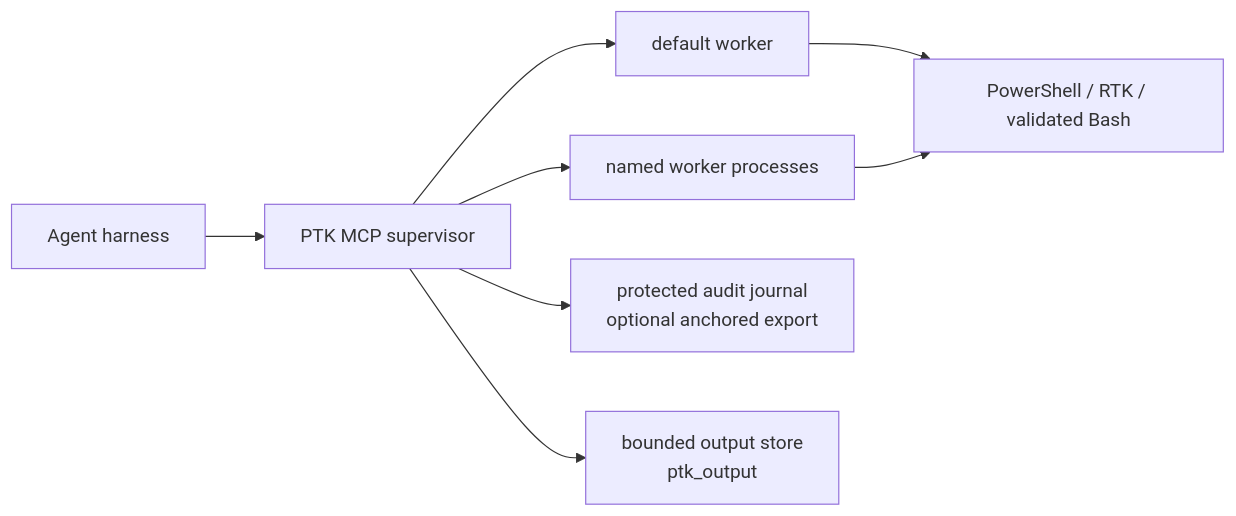
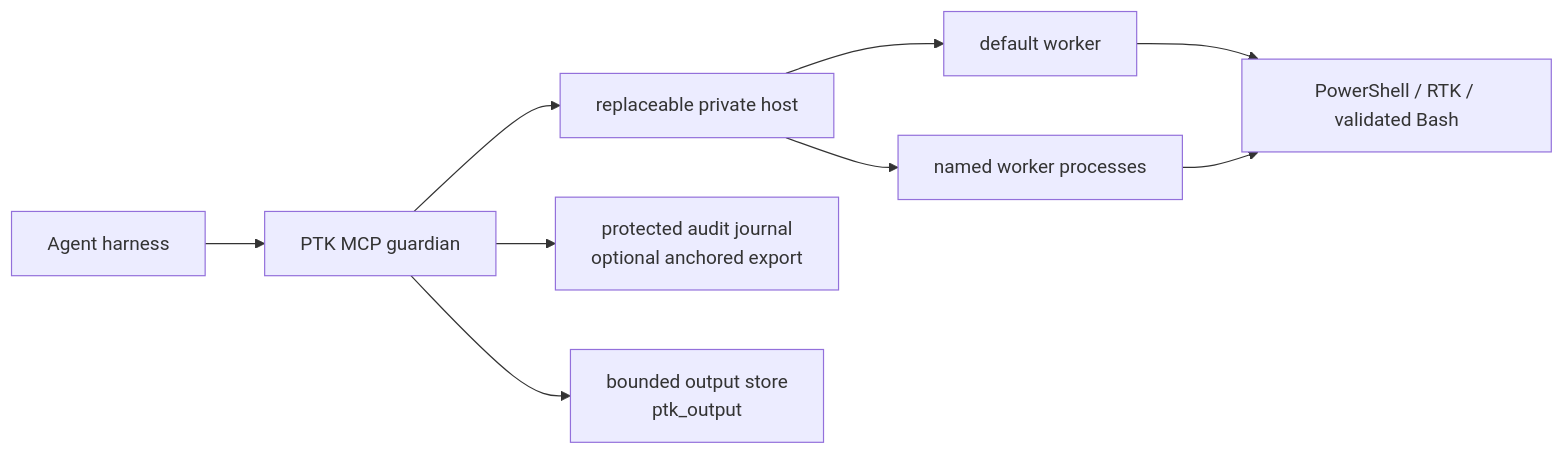
Before and after one commit to AlsoBeltrix/PowerShell-Token-Killer: the diagram in README.md, drawn with Mermaid. The commit also changed other lines of this file and 4 other files, not shown here.

````diff
--- a/README.md
+++ b/README.md
@@ -50,10 +52,11 @@
 ```mermaid
 flowchart LR
-    H[Agent harness] --> S[PTK MCP supervisor]
+    H[Agent harness] --> G[PTK MCP guardian]
+    G --> S[replaceable private host]
     S --> D[default worker]
     S --> N[named worker processes]
     D --> E[PowerShell / RTK / validated Bash]
     N --> E
-    S --> A[protected audit journal<br/>optional anchored export]
-    S --> O[bounded output store<br/>ptk_output]
+    G --> A[protected audit journal<br/>optional anchored export]
+    G --> O[bounded output store<br/>ptk_output]
 ```
````
